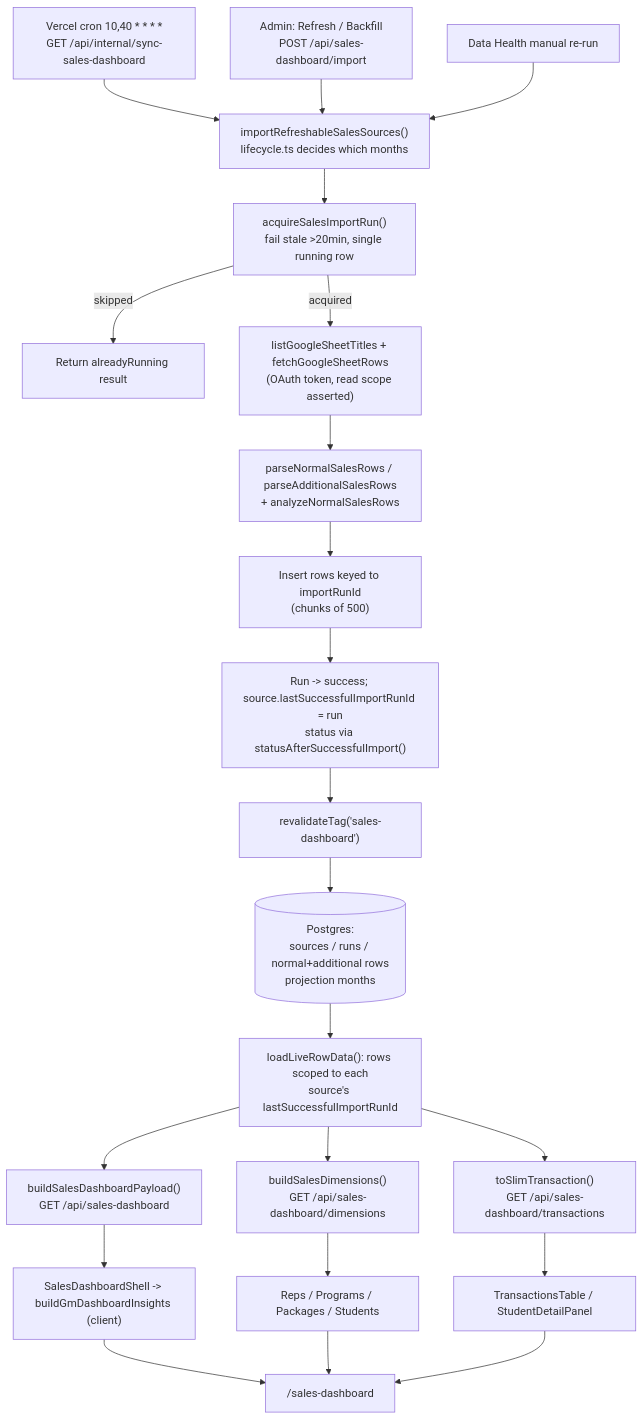
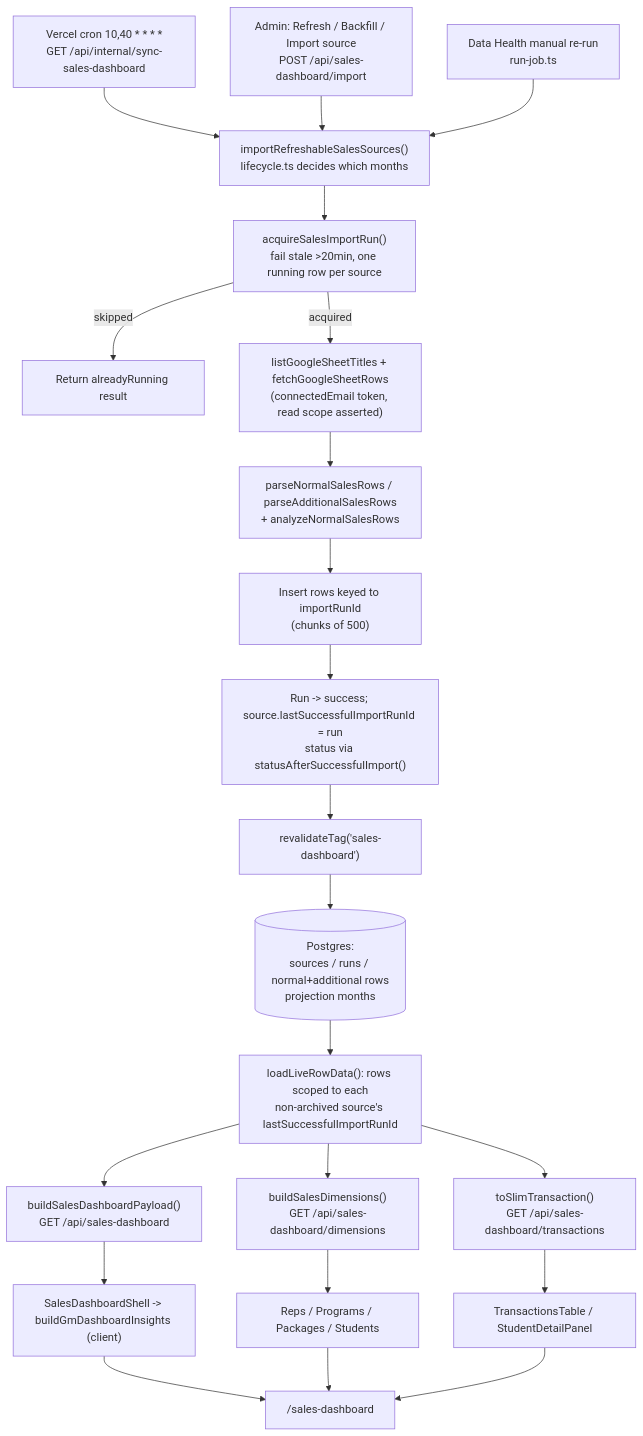
Before and after one commit to kasheesh711/bgscheduler: the diagram in docs/features/sales-dashboard.md, drawn with Mermaid. The commit also changed other lines of this file and 95 other files, not shown here.

````diff
--- a/docs/features/sales-dashboard.md
+++ b/docs/features/sales-dashboard.md
@@ -80,30 +83,30 @@
 ```mermaid
 flowchart TD
     Cron["Vercel cron 10,40 * * * *<br/>GET /api/internal/sync-sales-dashboard"] --> Refreshable
-    Admin["Admin: Refresh / Backfill<br/>POST /api/sales-dashboard/import"] --> Refreshable
-    DataHealth["Data Health manual re-run"] --> Refreshable
+    Admin["Admin: Refresh / Backfill / Import source<br/>POST /api/sales-dashboard/import"] --> Refreshable
+    DataHealth["Data Health manual re-run<br/>run-job.ts"] --> Refreshable
 
     Refreshable["importRefreshableSalesSources()<br/>lifecycle.ts decides which months"] --> Guard
-    Guard["acquireSalesImportRun()<br/>fail stale >20min, single running row"] -->|skipped| Skip["Return alreadyRunning result"]
+    Guard["acquireSalesImportRun()<br/>fail stale >20min, one running row per source"] -->|skipped| Skip["Return alreadyRunning result"]
     Guard -->|acquired| Fetch
 
-    Fetch["listGoogleSheetTitles + fetchGoogleSheetRows<br/>(OAuth token, read scope asserted)"] --> Parse
+    Fetch["listGoogleSheetTitles + fetchGoogleSheetRows<br/>(connectedEmail token, read scope asserted)"] --> Parse
     Parse["parseNormalSalesRows / parseAdditionalSalesRows<br/>+ analyzeNormalSalesRows"] --> Insert
     Insert["Insert rows keyed to importRunId<br/>(chunks of 500)"] --> Promote
     Promote["Run -> success; source.lastSuccessfulImportRunId = run<br/>status via statusAfterSuccessfulImport()"] --> Invalidate
-    Invalidate["revalidateTag('sales-dashboard')"] --> Cache
+    Invalidate["revalidateTag('sales-dashboard')"] --> Store
 
-    Cache[("Postgres:<br/>sources / runs / normal+additional rows<br/>projection months")] --> Load
-    Load["loadLiveRowData(): rows scoped to each<br/>source's lastSuccessfulImportRunId"] --> Payload
+    Store[("Postgres:<br/>sources / runs / normal+additional rows<br/>projection months")] --> Load
+    Load["loadLiveRowData(): rows scoped to each<br/>non-archived source's lastSuccessfulImportRunId"] --> Payload
     Load --> Dims
     Load --> Slim
 
     Payload["buildSalesDashboardPayload()<br/>GET /api/sales-dashboard"] --> Shell
     Dims["buildSalesDimensions()<br/>GET /api/sales-dashboard/dimensions"] --> Tabs
     Slim["toSlimTransaction()<br/>GET /api/sales-dashboard/transactions"] --> Drill
 
     Shell["SalesDashboardShell -> buildGmDashboardInsights (client)"] --> UI
     Tabs["Reps / Programs / Packages / Students"] --> UI
     Drill["TransactionsTable / StudentDetailPanel"] --> UI
     UI["/sales-dashboard"]
 ```
````
